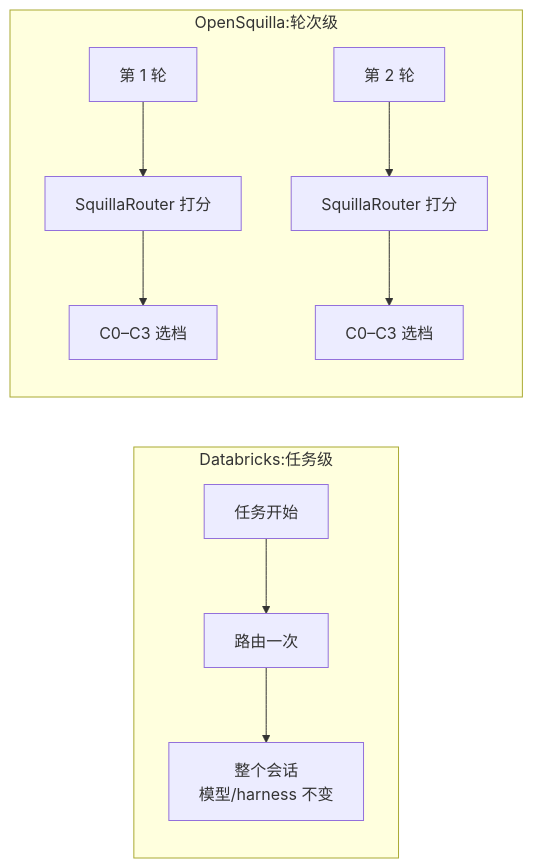
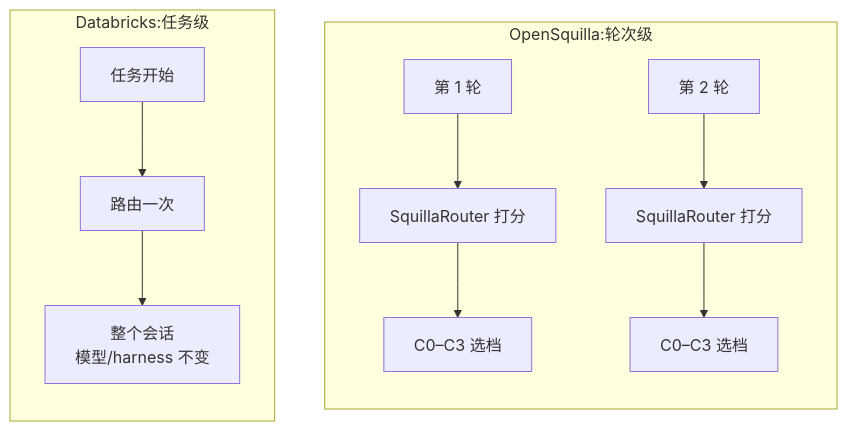
The second of 3 diagrams in docs/research/model-routing.md (5x8-40/lake), drawn with Mermaid before and after one commit. The commit also changed other lines of this file, not shown here.

````diff
--- a/docs/research/model-routing.md
+++ b/docs/research/model-routing.md
@@ -103,10 +115,13 @@
 ```mermaid
 flowchart LR
     subgraph Databricks["Databricks:任务级"]
+        direction TB
         T0[任务开始] --> TR[路由一次] --> TS[整个会话<br/>模型/harness 不变]
     end
     subgraph OpenSquilla["OpenSquilla:轮次级"]
+        direction TB
         Q1[第 1 轮] --> QR1[SquillaRouter 打分] --> QM1[C0–C3 选档]
         Q2[第 2 轮] --> QR2[SquillaRouter 打分] --> QM2[C0–C3 选档]
     end
+    Databricks ~~~ OpenSquilla
 ```
````
